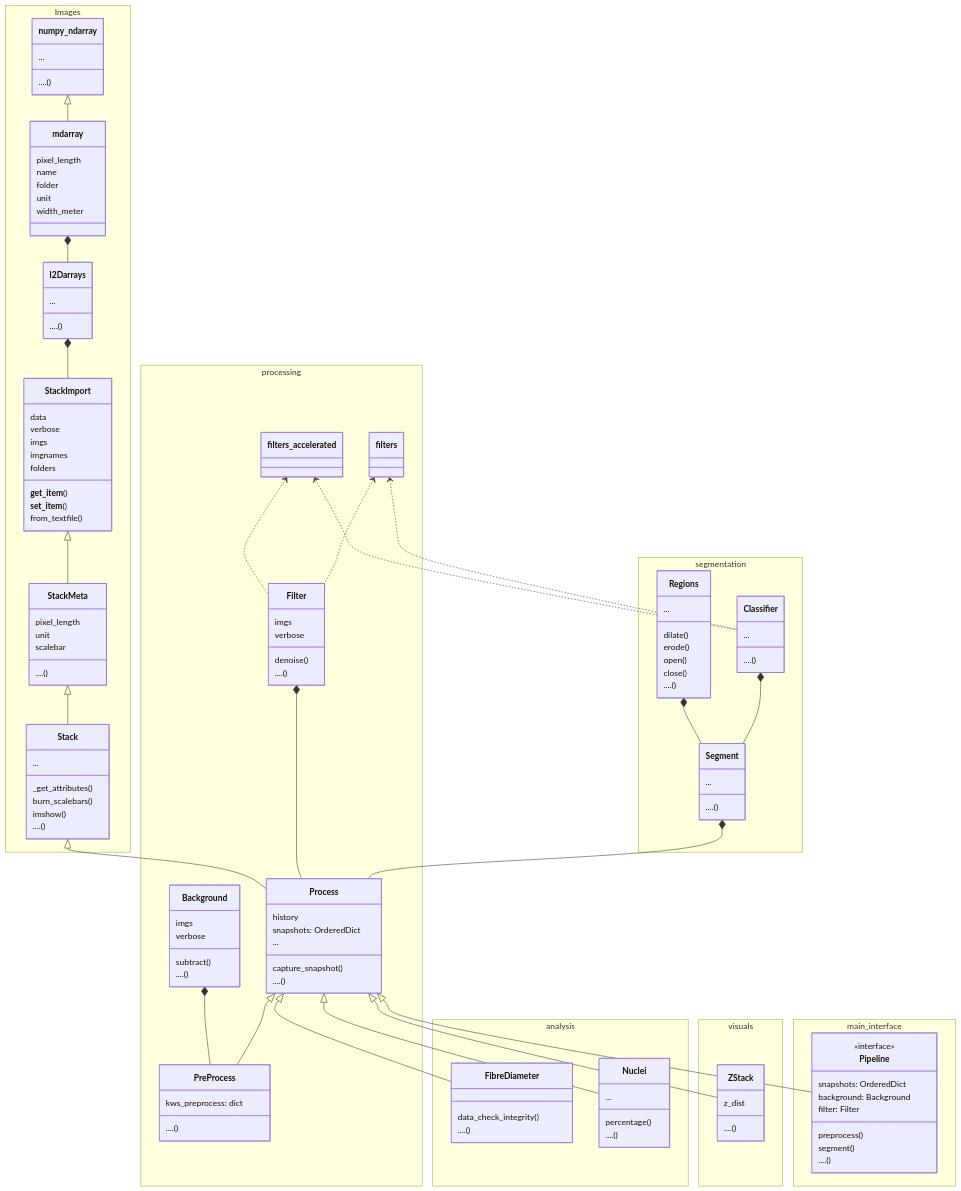
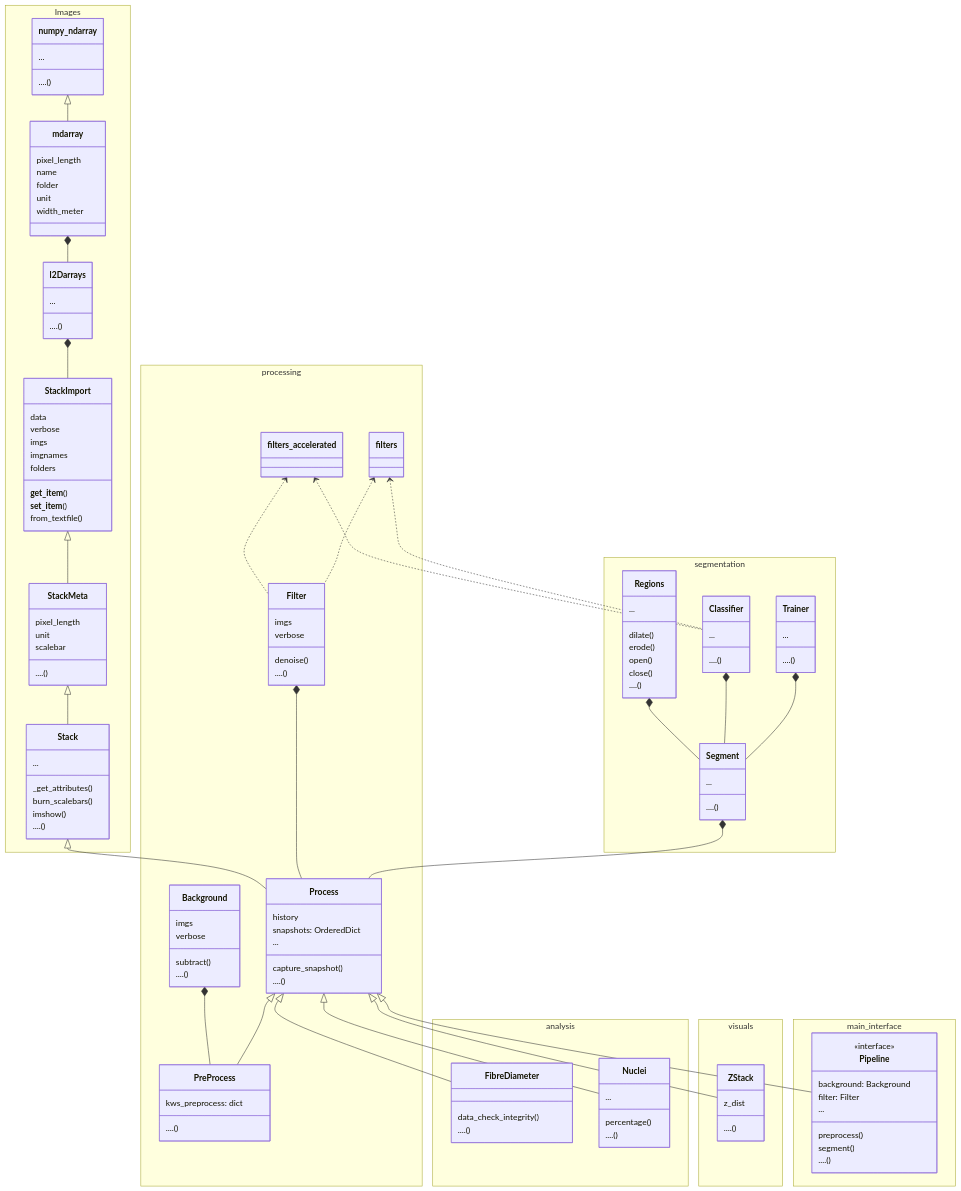
Before and after one commit to markur4/a_shg_collagen: the diagram in README.md, drawn with Mermaid. The commit also changed other lines of this file, not shown here.

```diff
--- a/README.md
+++ b/README.md
@@ -246,6 +246,10 @@
          ...
          ....()
       }
+      class Trainer{
+         ...
+         ....()
+      }
       class Regions{
          ...
          dilate()
@@ -258,8 +262,9 @@
    Segment *-- Process
    Regions *-- Segment 
    Classifier *-- Segment
+   Trainer *-- Segment
    
-   %% == Analysis ======================================================
+   %% == Processes: Analysis ===========================================
    namespace analysis{
       class FibreDiameter{
          data_check_integrity()
@@ -277,7 +282,7 @@
    filters_accelerated <.. Classifier
    filters <.. Classifier
    
-   %% == Visualize =====================================================
+   %% == Processes: Visualize ==========================================
    namespace visuals{
       class ZStack{
          z_dist
@@ -290,9 +295,9 @@
    namespace main_interface{
       class Pipeline{
          <<interface>>
-         snapshots: OrderedDict
          background: Background
          filter: Filter
+         ...
          preprocess()
          segment()
          ....()
```
